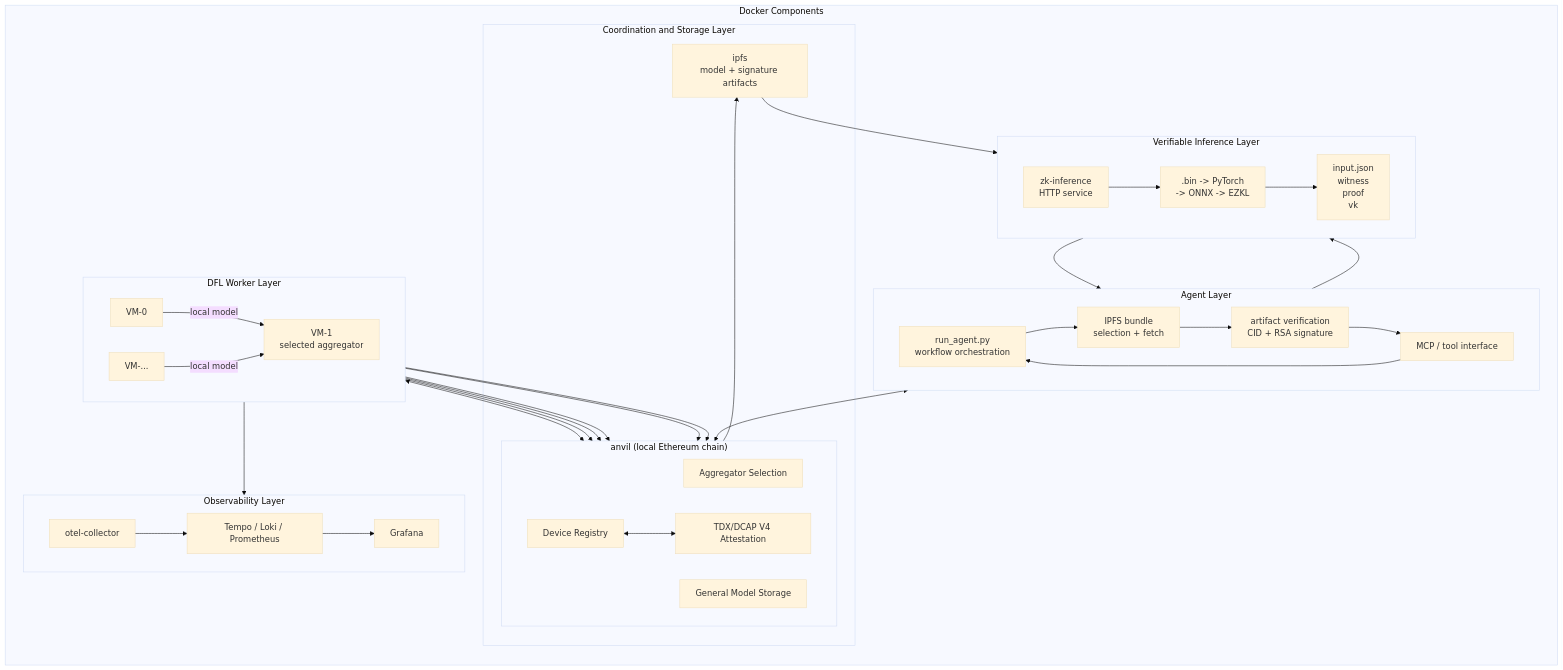
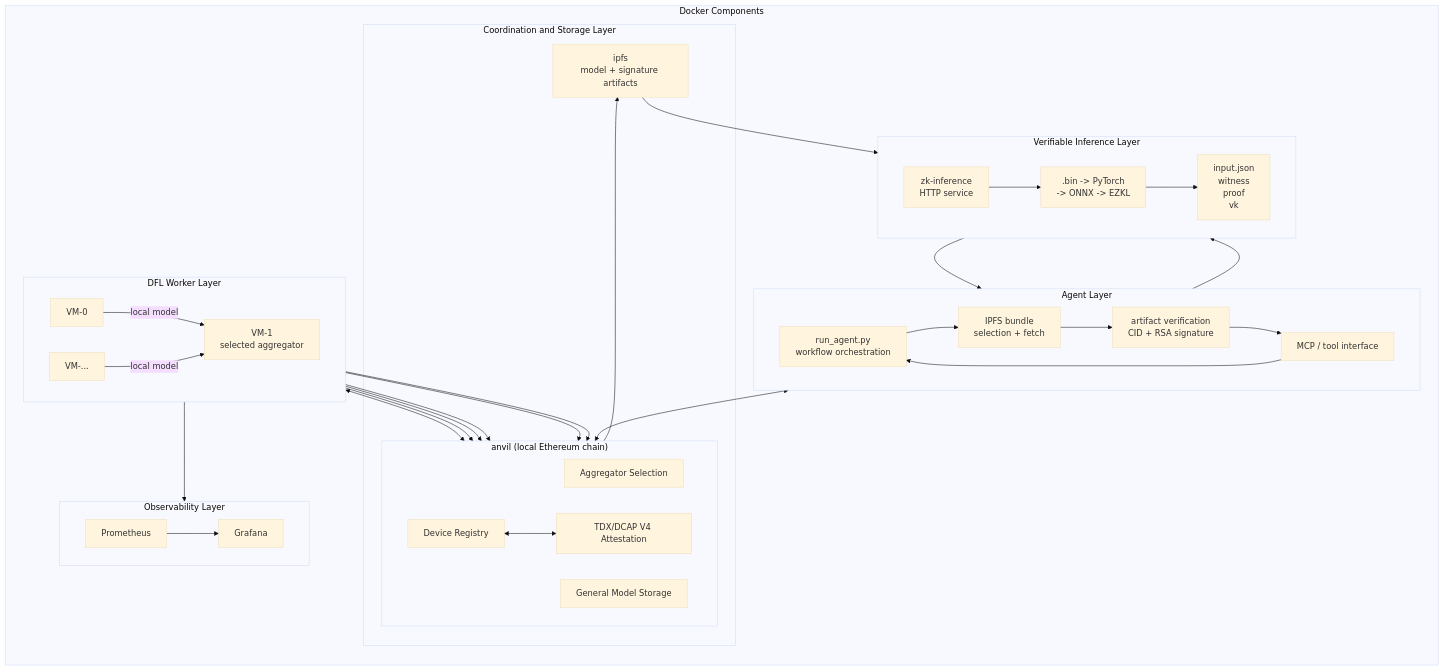
One commit to uZhW8Rgl/vita-fl changed the first of 2 diagrams in README.md. Above: the diagram before and after it, drawn with Mermaid (base theme). The commit also changed other lines of this file and 2972 other files, not shown here.

````diff
--- a/README.md
+++ b/README.md
@@ -35,82 +35,80 @@
 ```mermaid
 flowchart TB
   subgraph Compose["Docker Components"]
     direction TB
 
     subgraph Coordination["Coordination and Storage Layer"]
       subgraph Anvil["anvil (local Ethereum chain)"]
         direction LR
       
         AggregatorSelection["Aggregator Selection"]
         DeviceRegistry["Device Registry"]
         GMStorage["General Model Storage"]
         AutomataDcapTdxV4Attestation["TDX/DCAP V4 Attestation"]
       end
       IPFS["ipfs\nmodel + signature artifacts"]
     end
 
     subgraph AgentLayer["Agent Layer"]
       direction LR
       AgentMain["run_agent.py\nworkflow orchestration"]
       IPFSBundle["IPFS bundle\nselection + fetch"]
       Verify["artifact verification\nCID + RSA signature"]
       MCP["MCP / tool interface"]
     end
 
     subgraph Inference["Verifiable Inference Layer"]
       direction LR
       ZK["zk-inference\nHTTP service"]
       Pipeline[".bin -> PyTorch \n -> ONNX -> EZKL"]
       Artifacts["input.json\nwitness\nproof\nvk"]
     end
 
     subgraph Workers["DFL Worker Layer"]
       direction LR
       VM0["VM-0"]
       VM1["VM-1\nselected aggregator"]
       VM2["VM-..."]
     end
 
     subgraph Observability["Observability Layer"]
       direction LR
-      OTel["otel-collector"]
-      Stores["Tempo / Loki / Prometheus"]
+      Stores["Prometheus"]
       Grafana["Grafana"]
     end
   end
 
 
   GMStorage --> IPFS
   IPFS --> Pipeline
 
   VM1 <--> AggregatorSelection
 
   VM0 --> |"local model"| VM1
   VM2 --> |"local model"| VM1
 
   VM0 --> GMStorage
   VM2 --> GMStorage
 
   VM0 --> DeviceRegistry
   VM1 --> DeviceRegistry
   VM2 --> DeviceRegistry
 
   DeviceRegistry <--> AutomataDcapTdxV4Attestation
 
   IPFSBundle --> Verify
   AgentMain --> IPFSBundle
   IPFSBundle <--> GMStorage
   Verify --> MCP
   MCP --> ZK
   MCP --> AgentMain 
 
   ZK --> Pipeline
 
   Pipeline --> Artifacts
 
-  Workers --> OTel
-  OTel --> Stores
+  Workers --> Stores
   Stores --> Grafana
 
   Artifacts --> MCP
 ```
````
